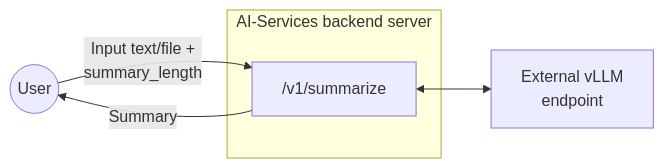
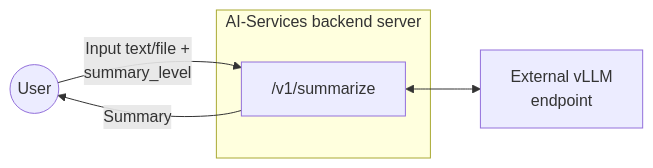
The first of 2 diagrams in docs/proposals/summarization_endpoint_design_doc.md (IBM/project-ai-services), drawn with Mermaid before and after one commit. The commit also changed other lines of this file, not shown here.

````diff
--- a/docs/proposals/summarization_endpoint_design_doc.md
+++ b/docs/proposals/summarization_endpoint_design_doc.md
@@ -55,16 +158,16 @@
 ```mermaid
 graph LR
     %% Nodes
     U((User))
     
     subgraph S1 ["AI-Services backend server"]
         API["/v1/summarize"]
     end
     
     VLLM["External vLLM<br/>endpoint"]
 
     %% Edges
-    U -->|"Input text/file +<br/>summary_length"| API
+    U -->|"Input text/file +<br/>summary_level"| API
     API -->|"Summary"| U
     API <--> VLLM
 ```
````
